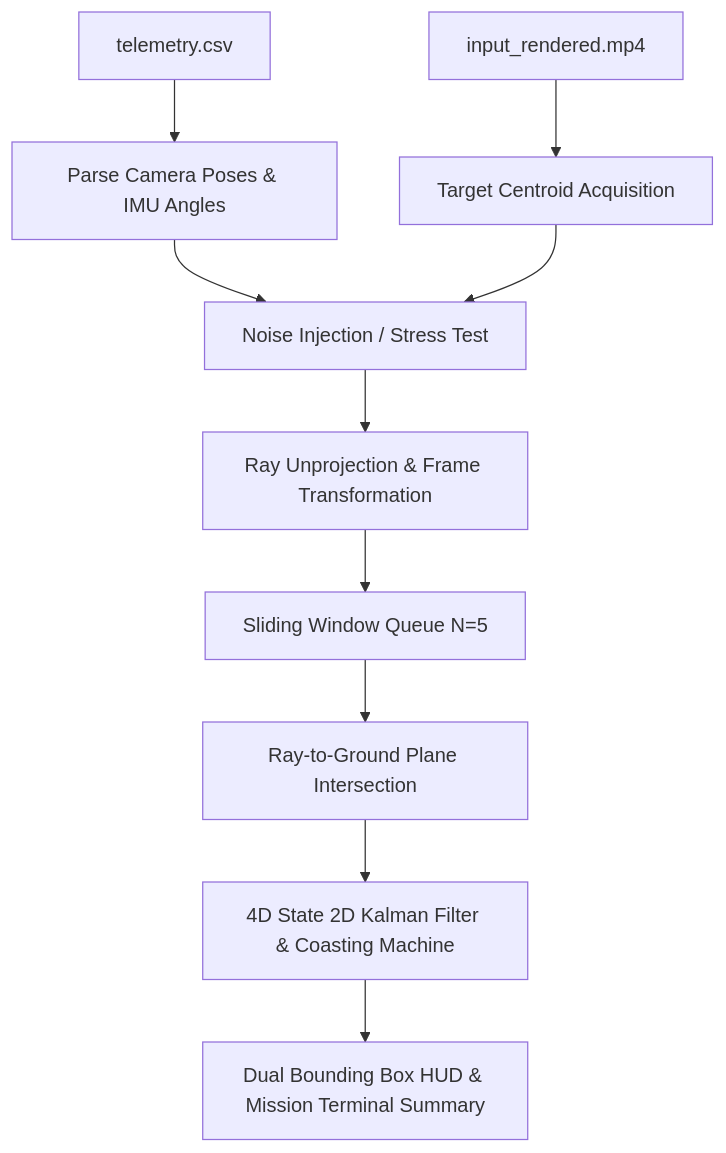
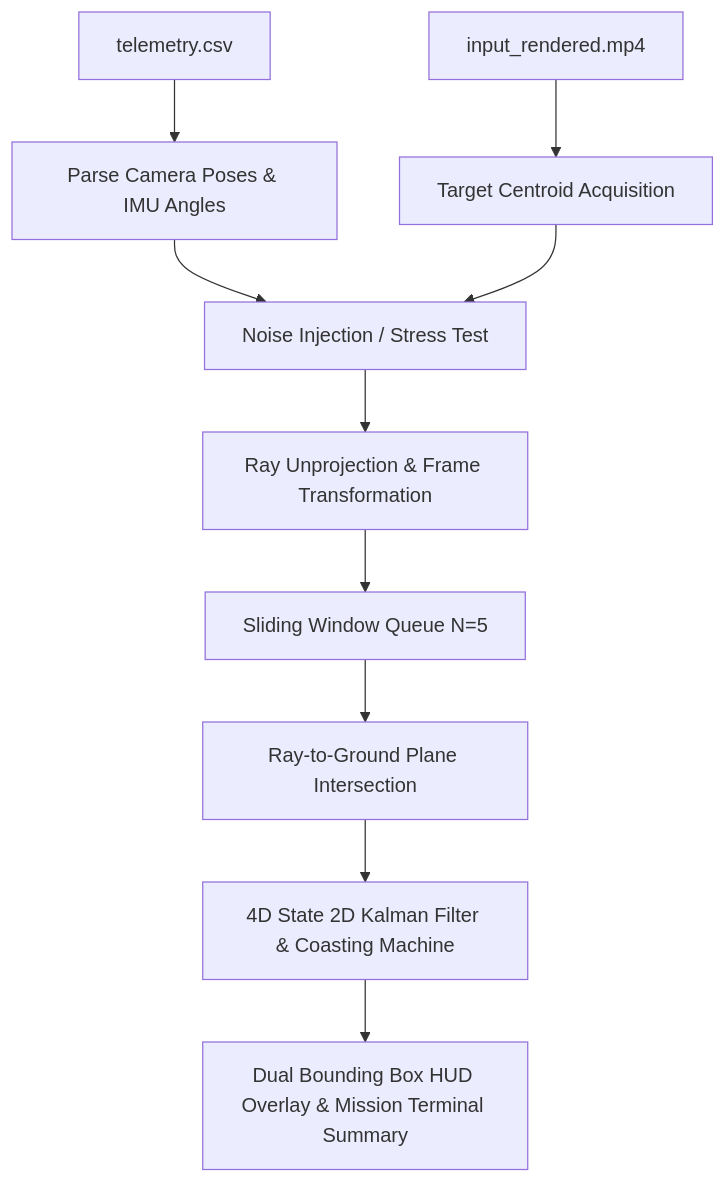
Before and after one commit to BengawanUV-Technology-Development/Coordinate-Estimator: the diagram in README.md, drawn with Mermaid. The commit also changed other lines of this file, not shown here.

````diff
--- a/README.md
+++ b/README.md
@@ -13,12 +17,12 @@
 ```mermaid
 graph TD
     A[telemetry.csv] --> B[Parse Camera Poses & IMU Angles]
     C[input_rendered.mp4] --> D[Target Centroid Acquisition]
     B --> E[Noise Injection / Stress Test]
     D --> E
     E --> F[Ray Unprojection & Frame Transformation]
     F --> G[Sliding Window Queue N=5]
     G --> H[Ray-to-Ground Plane Intersection]
     H --> I[4D State 2D Kalman Filter & Coasting Machine]
-    I --> J[Dual Bounding Box HUD & Mission Terminal Summary]
+    I --> J[Dual Bounding Box HUD Overlay & Mission Terminal Summary]
 ```
````
